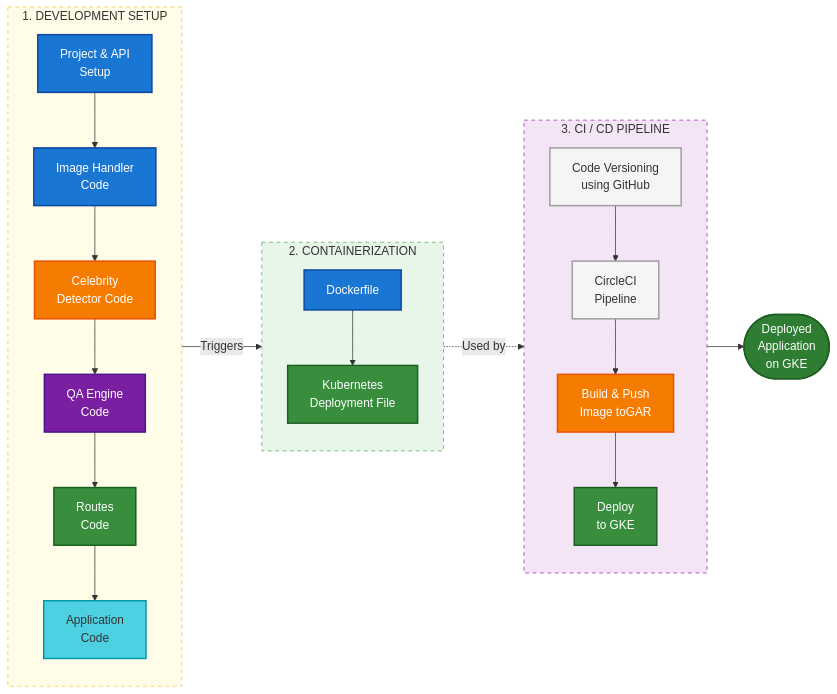
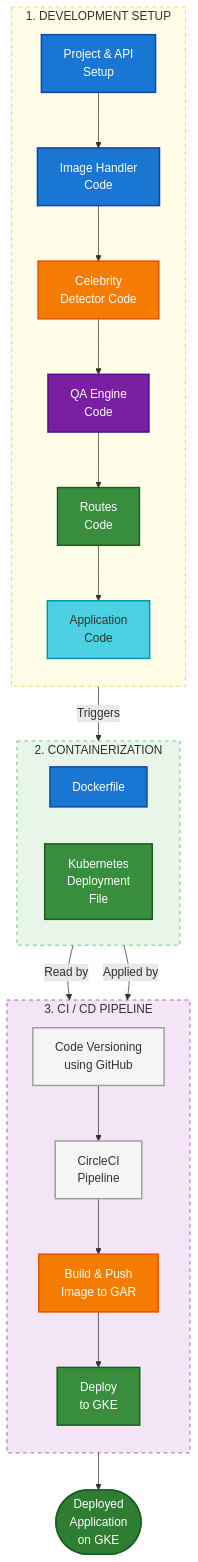
One commit to farhanrhine/Celebrity-Face-Detect-AI-Agent changed the diagram in README.md. Above: the diagram before and after it, drawn with Mermaid.

````diff
--- a/README.md
+++ b/README.md
@@ -16,46 +16,46 @@
 ```mermaid
-flowchart LR
+flowchart TD
     %% Define Styles
     classDef blueBox fill:#1976d2,stroke:#0d47a1,stroke-width:2px,color:#fff
     classDef greenBox fill:#388e3c,stroke:#1b5e20,stroke-width:2px,color:#fff
     classDef orangeBox fill:#f57c00,stroke:#e65100,stroke-width:2px,color:#fff
     classDef purpleBox fill:#7b1fa2,stroke:#4a148c,stroke-width:2px,color:#fff
     classDef lightBlueBox fill:#4dd0e1,stroke:#0097a7,stroke-width:2px,color:#333
     classDef greyBox fill:#f5f5f5,stroke:#9e9e9e,stroke-width:2px,color:#333
     classDef darkGreenRound fill:#2e7d32,stroke:#1b5e20,stroke-width:2px,color:#fff
 
     subgraph DevSetup [1. DEVELOPMENT SETUP]
         direction TB
         A[Project & API<br>Setup]:::blueBox --> B[Image Handler<br>Code]:::blueBox
         B --> C[Celebrity<br>Detector Code]:::orangeBox
         C --> D[QA Engine<br>Code]:::purpleBox
         D --> E[Routes<br>Code]:::greenBox
         E --> F[Application<br>Code]:::lightBlueBox
     end
     
     subgraph Containerization [2. CONTAINERIZATION]
-        direction TB
+        direction LR
         G[Dockerfile]:::blueBox
-        H[Kubernetes<br>Deployment File]:::greenBox
-        G --> H
+        H[Kubernetes<br>Deployment<br>File]:::greenBox
     end
 
     subgraph CI [3. CI / CD PIPELINE]
         direction TB
         I[Code Versioning<br>using GitHub]:::greyBox --> J[CircleCI<br>Pipeline]:::greyBox
-        J --> K[Build & Push<br>Image toGAR]:::orangeBox
+        J --> K[Build & Push<br>Image to GAR]:::orangeBox
         K --> L[Deploy<br>to GKE]:::greenBox
     end
 
     M([Deployed<br>Application<br>on GKE]):::darkGreenRound
 
     %% Connections across subgraphs
     F --> |Triggers| G
-    H -.-> |Used by| L
+    G --> |Read by| K
+    H --> |Applied by| L
     L --> M
 
     %% Subgraph Styling
     style DevSetup fill:#fffde7,stroke:#fbc02d,stroke-dasharray: 5 5
     style Containerization fill:#e8f5e9,stroke:#4caf50,stroke-dasharray: 5 5
     style CI fill:#f3e5f5,stroke:#9c27b0,stroke-dasharray: 5 5
 ```
````
